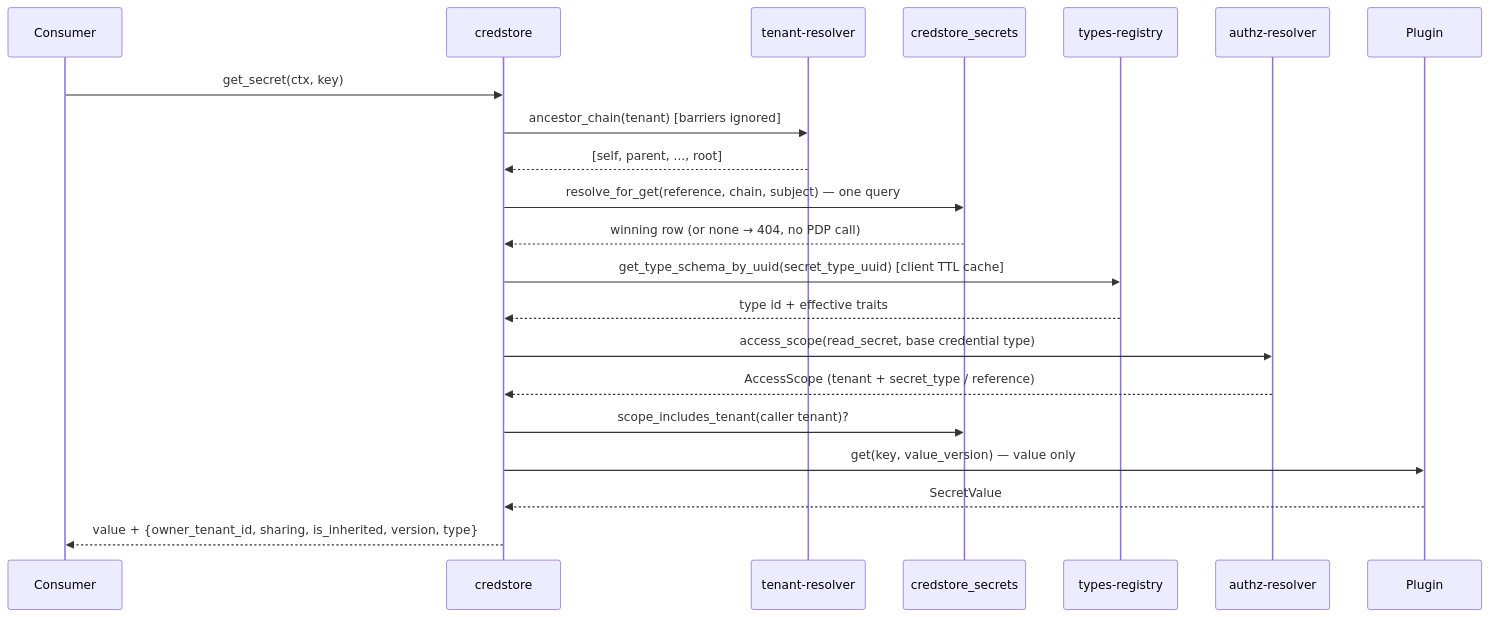
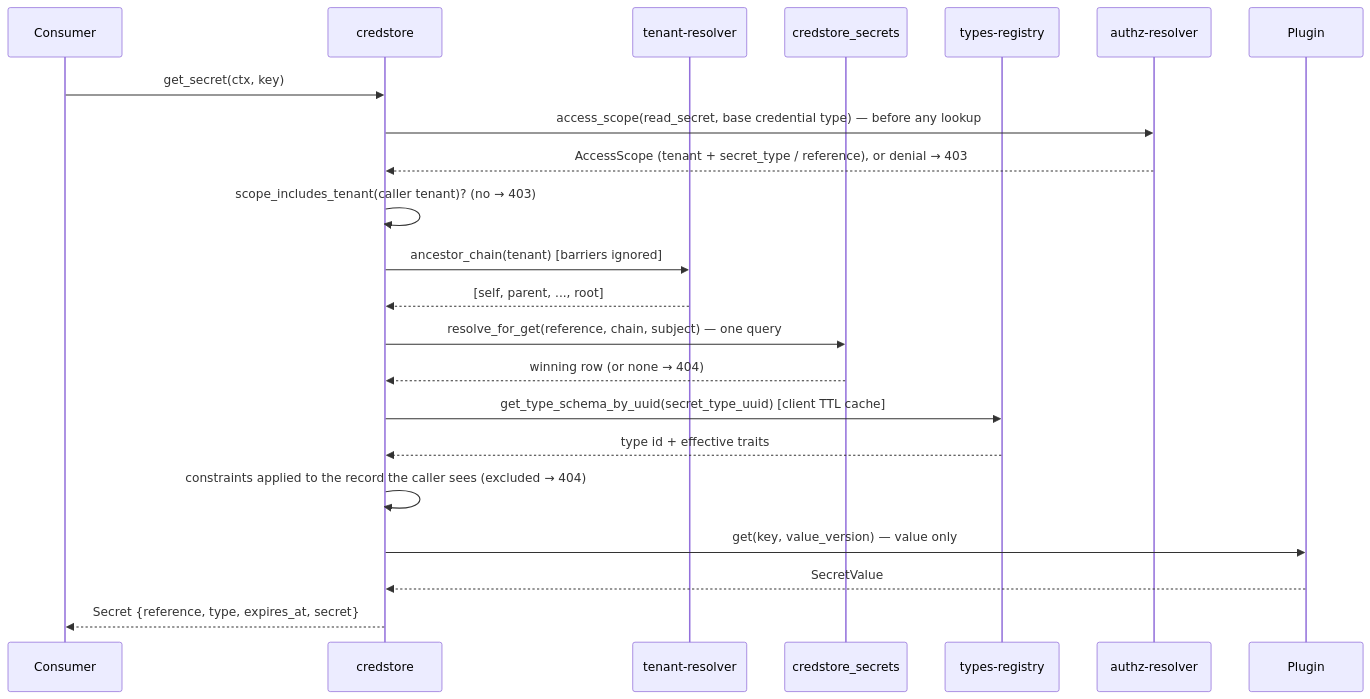
The second of 5 diagrams in gears/credstore/docs/DESIGN.md (AndIConstructor/gears-rust), drawn with Mermaid before and after one commit. The commit also changed other lines of this file and 8 other files, not shown here.

````diff
--- a/gears/credstore/docs/DESIGN.md
+++ b/gears/credstore/docs/DESIGN.md
@@ -631,24 +631,25 @@
 ```mermaid
 sequenceDiagram
     participant C as Consumer
     participant GW as credstore
     participant TR as tenant-resolver
     participant DB as credstore_secrets
     participant GTS as types-registry
     participant PDP as authz-resolver
     participant P as Plugin
 
     C->>GW: get_secret(ctx, key)
+    GW->>PDP: access_scope(read_secret, base credential type) — before any lookup
+    PDP-->>GW: AccessScope (tenant + secret_type / reference), or denial → 403
+    GW->>GW: scope_includes_tenant(caller tenant)? (no → 403)
     GW->>TR: ancestor_chain(tenant) [barriers ignored]
     TR-->>GW: [self, parent, ..., root]
     GW->>DB: resolve_for_get(reference, chain, subject) — one query
-    DB-->>GW: winning row (or none → 404, no PDP call)
+    DB-->>GW: winning row (or none → 404)
     GW->>GTS: get_type_schema_by_uuid(secret_type_uuid) [client TTL cache]
     GTS-->>GW: type id + effective traits
-    GW->>PDP: access_scope(read_secret, base credential type)
-    PDP-->>GW: AccessScope (tenant + secret_type / reference)
-    GW->>DB: scope_includes_tenant(caller tenant)?
+    GW->>GW: constraints applied to the record the caller sees (excluded → 404)
     GW->>P: get(key, value_version) — value only
     P-->>GW: SecretValue
-    GW-->>C: value + {owner_tenant_id, sharing, is_inherited, version, type}
+    GW-->>C: Secret {reference, type, expires_at, secret}
 ```
````
